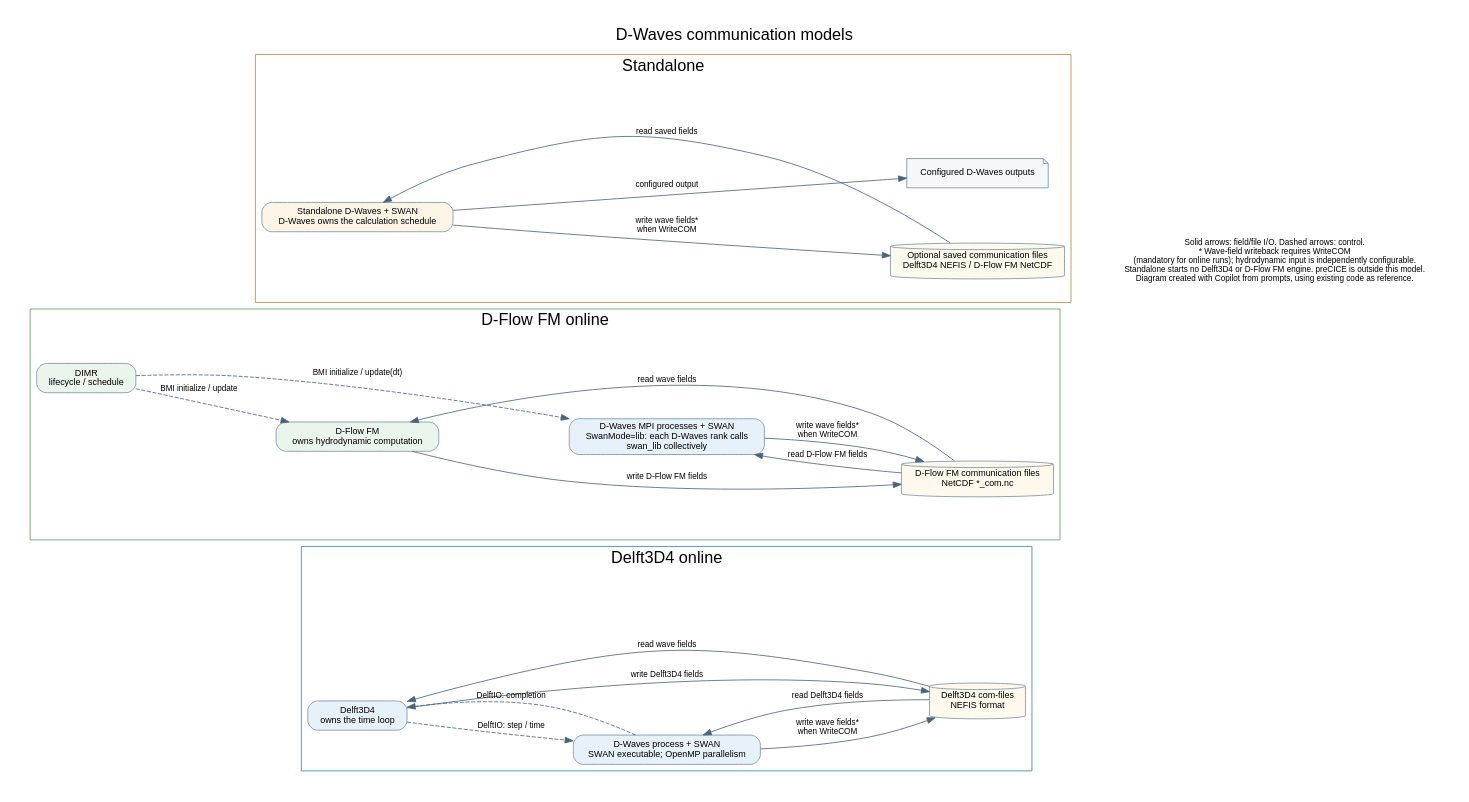
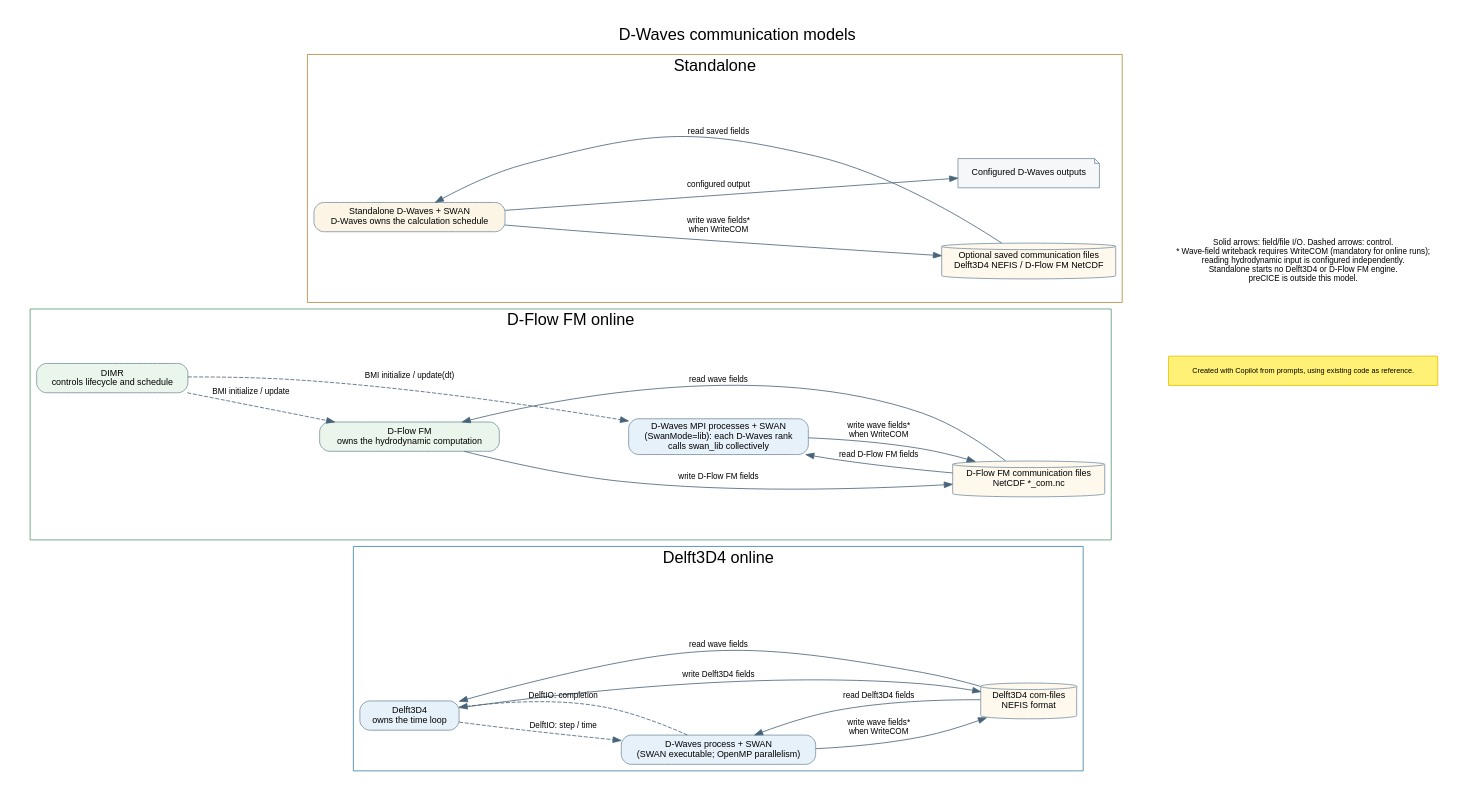
Before and after one commit to Deltares/Delft3D: the diagram in src/engines_gpl/wave/docs/include/dwaves_communication_model.dot, drawn with Graphviz. The commit also changed 19 other files, not shown here.

Commit message:
Grammatical edits and some additionalcosmetic changes in the diagrams

```diff
--- a/src/engines_gpl/wave/docs/include/dwaves_communication_model.dot
+++ b/src/engines_gpl/wave/docs/include/dwaves_communication_model.dot
@@ -1,64 +1,69 @@
 digraph dwaves_communication_model {
     graph [label="D-Waves communication models", labelloc=t, fontsize=20,
            fontname="Helvetica", rankdir=LR, newrank=true, nodesep=0.6, ranksep=0.65,
            pad=0.3, bgcolor="white"];
     node [shape=box, style="rounded,filled", fillcolor="#E7F1FA",
           color="#7890A2", fontname="Helvetica", fontsize=11];
     edge [fontname="Helvetica", fontsize=10, color="#48647A"];
 
     subgraph cluster_d4 {
         label="Delft3D4 online"; color="#3B82A0";
         d4 [label="Delft3D4\nowns the time loop"];
-        w4 [label="D-Waves process + SWAN\nSWAN executable; OpenMP parallelism"];
+        w4 [label="D-Waves process + SWAN\n(SWAN executable; OpenMP parallelism)"];
         c4 [shape=cylinder, fillcolor="#FFF9ED",
             label="Delft3D4 com-files\nNEFIS format"];
         d4 -> w4 [style=dashed, label="DelftIO: step / time", constraint=false];
         w4 -> d4 [style=dashed, label="DelftIO: completion", constraint=false];
         d4 -> c4 [label="write Delft3D4 fields"];
         c4 -> w4 [label="read Delft3D4 fields", constraint=false];
         w4 -> c4 [label="write wave fields*\nwhen WriteCOM"];
         c4 -> d4 [label="read wave fields", constraint=false];
     }
 
     subgraph cluster_fm {
         label="D-Flow FM online"; color="#5A9A72";
         dimr [fillcolor="#EAF5EC",
-              label="DIMR\nlifecycle / schedule"];
+              label="DIMR\ncontrols lifecycle and schedule"];
         fm [fillcolor="#EAF5EC",
-            label="D-Flow FM\nowns hydrodynamic computation"];
-        wf [label="D-Waves MPI processes + SWAN\nSwanMode=lib: each D-Waves rank calls\nswan_lib collectively"];
+            label="D-Flow FM\nowns the hydrodynamic computation"];
+        wf [label="D-Waves MPI processes + SWAN\n(SwanMode=lib): each D-Waves rank\ncalls swan_lib collectively"];
         cf [shape=cylinder, fillcolor="#FFF9ED",
             label="D-Flow FM communication files\nNetCDF *_com.nc"];
         dimr -> fm [style=dashed, label="BMI initialize / update"];
         dimr -> wf [style=dashed, label="BMI initialize / update(dt)"];
         fm -> cf [label="write D-Flow FM fields"];
         cf -> wf [label="read D-Flow FM fields", constraint=false];
         wf -> cf [label="write wave fields*\nwhen WriteCOM"];
         cf -> fm [label="read wave fields", constraint=false];
     }
 
     subgraph cluster_solo {
         label="Standalone"; color="#B28B42";
         ws [fillcolor="#FCF5E6",
             label="Standalone D-Waves + SWAN\nD-Waves owns the calculation schedule"];
         cs [shape=cylinder, fillcolor="#FFF9ED",
             label="Optional saved communication files\nDelft3D4 NEFIS / D-Flow FM NetCDF"];
         os [shape=note, fillcolor="#F5F7F8", label="Configured D-Waves outputs"];
         cs -> ws [label="read saved fields", constraint=false];
         ws -> cs [label="write wave fields*\nwhen WriteCOM"];
         ws -> os [label="configured output"];
     }
 
     {rank=min; dimr;}
     {rank=same; d4; fm; ws;}
     {rank=same; w4; wf;}
     {rank=same; c4; cf; cs; os;}
     d4 -> w4 [style=invis, weight=30];
     fm -> wf [style=invis, weight=30];
     w4 -> wf [style=invis, weight=30];
 
     legend [shape=plaintext, style="", fontsize=10,
-            label="Solid arrows: field/file I/O. Dashed arrows: control.\n* Wave-field writeback requires WriteCOM\n(mandatory for online runs); hydrodynamic input is independently configurable.\nStandalone starts no Delft3D4 or D-Flow FM engine. preCICE is outside this model.\nDiagram created with Copilot from prompts, using existing code as reference."];
-    {rank=sink; legend;}
+            label="Solid arrows: field/file I/O. Dashed arrows: control.\n* Wave-field writeback requires WriteCOM (mandatory for online runs);\nreading hydrodynamic input is configured independently.\nStandalone starts no Delft3D4 or D-Flow FM engine.\npreCICE is outside this model."];
     cs -> legend [style=invis];
+
+    diagram_credit [shape=box, style=filled, fillcolor="#FFF176", color="#E0C200",
+                    fontname="Helvetica", fontsize=9, margin="0.12,0.06",
+                    label="Created with Copilot from prompts, using existing code as reference."];
+    {rank=sink; legend; diagram_credit;}
+    legend -> diagram_credit [style=invis];
 }
```
